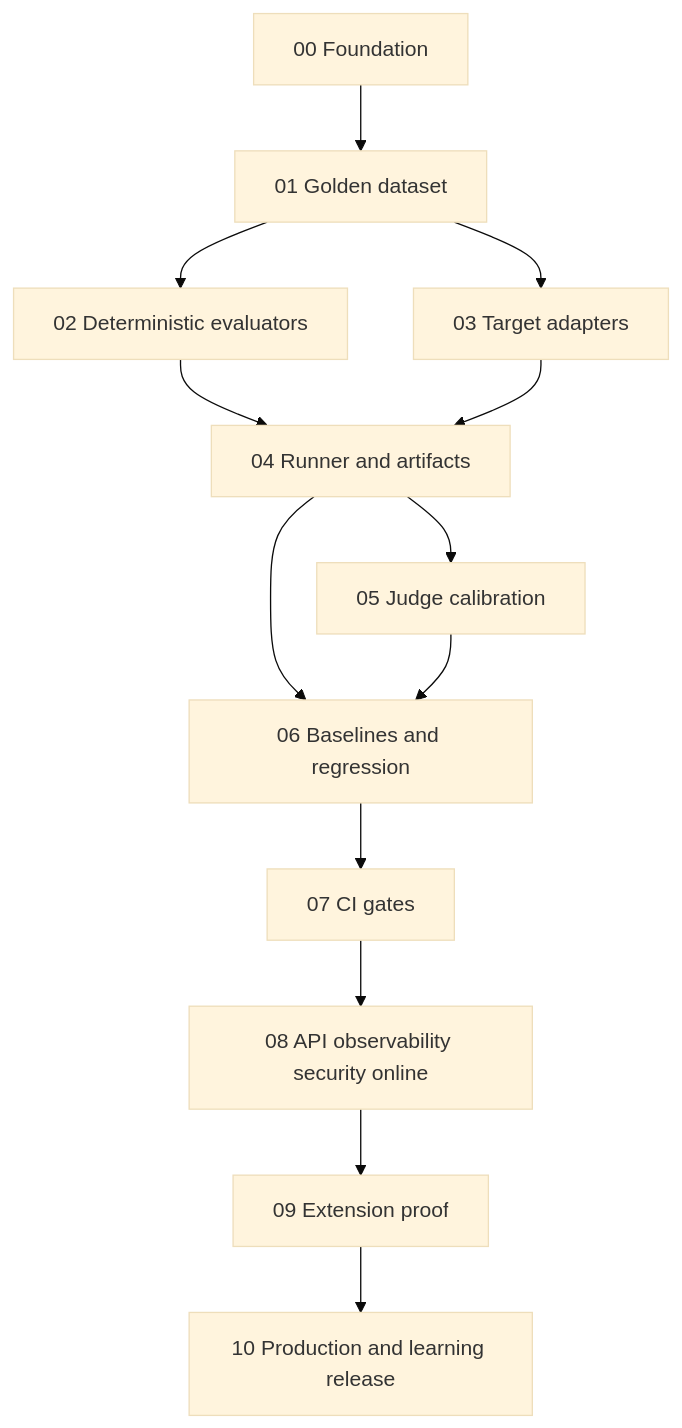
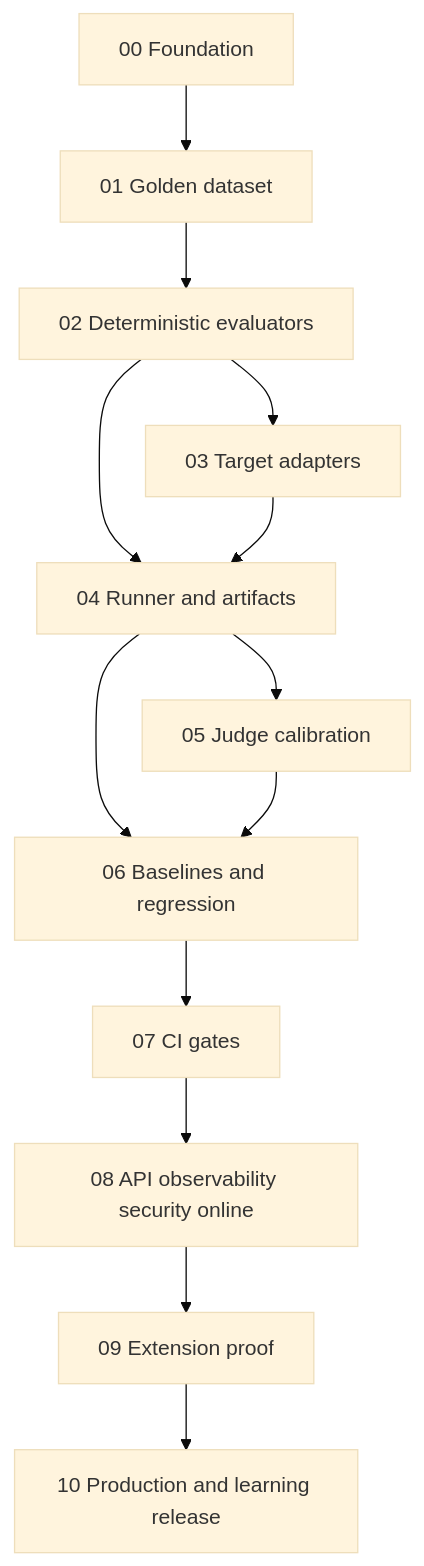
One commit to pranjulya/automated-eval-harness changed the second of 2 diagrams in Implementation.md. Above: the diagram before and after it, drawn with Mermaid (base theme). The commit also changed other lines of this file and 16 other files, not shown here.

````diff
--- a/Implementation.md
+++ b/Implementation.md
@@ -166,15 +167,15 @@
 ```mermaid
 flowchart TD
     P00[00 Foundation] --> P01[01 Golden dataset]
     P01 --> P02[02 Deterministic evaluators]
-    P01 --> P03[03 Target adapters]
+    P02 --> P03[03 Target adapters]
     P02 --> P04[04 Runner and artifacts]
     P03 --> P04
     P04 --> P05[05 Judge calibration]
     P04 --> P06[06 Baselines and regression]
     P05 --> P06
     P06 --> P07[07 CI gates]
     P07 --> P08[08 API observability security online]
     P08 --> P09[09 Extension proof]
     P09 --> P10[10 Production and learning release]
 ```
````
